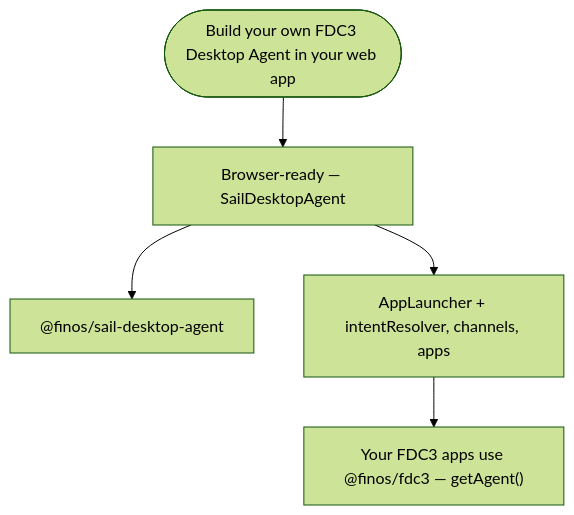
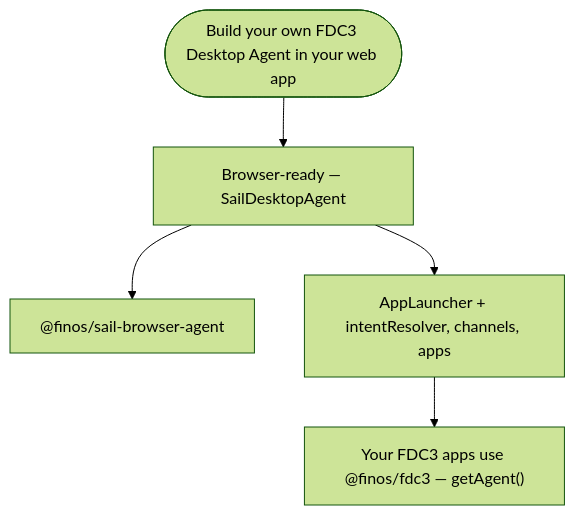
Before and after one commit to finos/FDC3-Sail: the first of 2 diagrams in website/docs/getting-started.md, drawn with Mermaid (forest theme). The commit also changed other lines of this file and 239 other files, not shown here.

````diff
--- a/website/docs/getting-started.md
+++ b/website/docs/getting-started.md
@@ -19,12 +19,12 @@
 ```mermaid
 flowchart TD
   Start([Build your own FDC3 Desktop Agent in your web app])
 
   Start --> BrowserReady["Browser-ready — SailDesktopAgent"]
 
-  BrowserReady --> Package["@finos/sail-desktop-agent"]
+  BrowserReady --> Package["@finos/sail-browser-agent"]
 
   BrowserReady --> HostUI[AppLauncher + intentResolver, channels, apps]
 
   HostUI --> Apps["Your FDC3 apps use @finos/fdc3 — getAgent()"]
 ```
````
